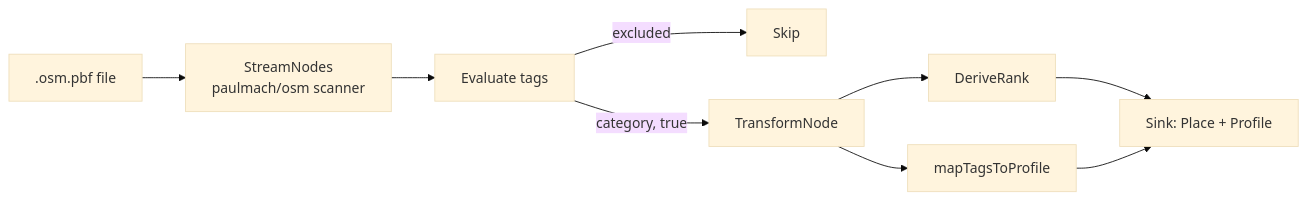
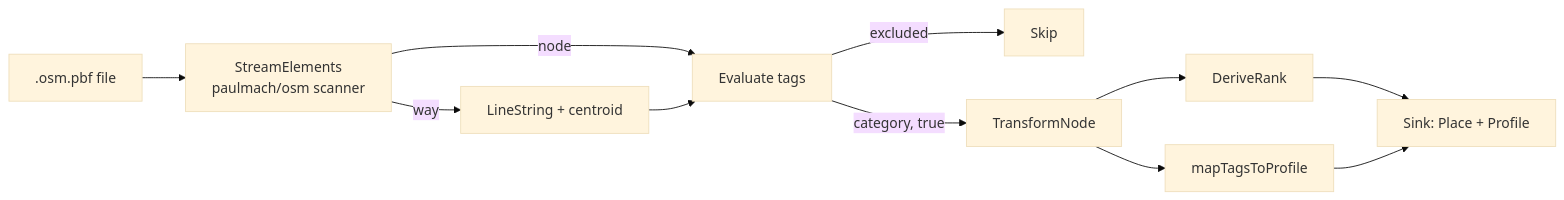
The diagram in internal/sources/osm/README.md (InWheelOrg/inwheel-api), drawn with Mermaid (base theme) before and after one commit. The commit also changed other lines of this file and 11 other files, not shown here.

First line of the commit message:
feat: ingest OSM ways as places alongside nodes (#119)

````diff
--- a/internal/sources/osm/README.md
+++ b/internal/sources/osm/README.md
@@ -7,11 +19,13 @@
 ```mermaid
 flowchart LR
-  A[.osm.pbf file] --> B[StreamNodes<br/>paulmach/osm scanner]
-  B --> C[Evaluate tags]
+  A[.osm.pbf file] --> B[StreamElements<br/>paulmach/osm scanner]
+  B -- node --> C[Evaluate tags]
+  B -- way --> W[LineString + centroid]
+  W --> C
   C -- excluded --> D[Skip]
   C -- category, true --> E[TransformNode]
   E --> F[DeriveRank]
   E --> G[mapTagsToProfile]
   F --> H[Sink: Place + Profile]
   G --> H
 ```
````
